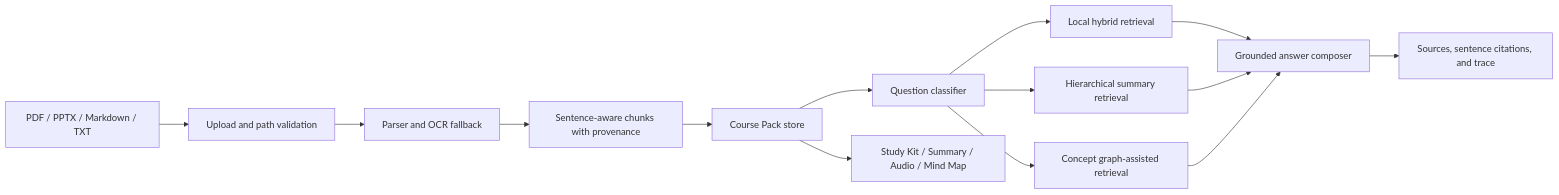
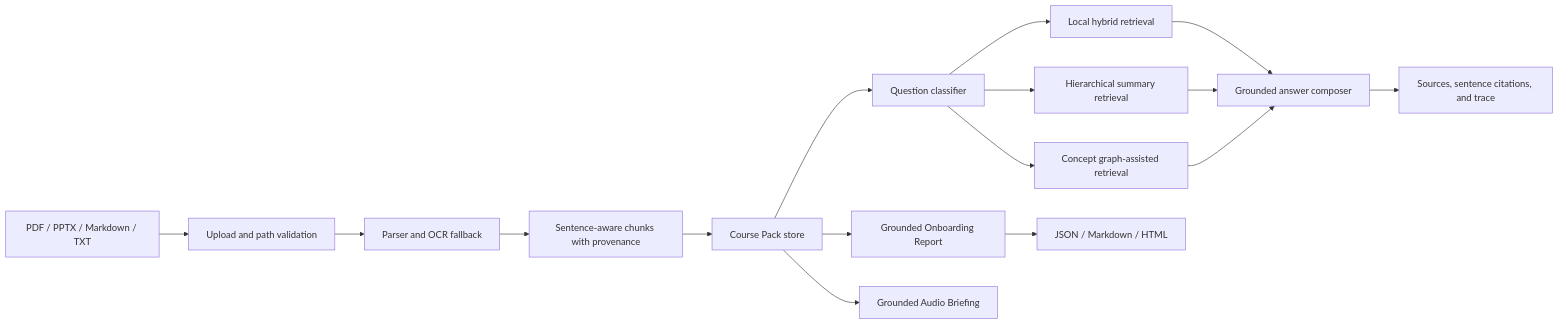
One commit to YuMinBee/CourseBee changed the diagram in docs/ARCHITECTURE.md. Above: the diagram before and after it, drawn with Mermaid. The commit also changed other lines of this file and 56 other files, not shown here.

````diff
--- a/docs/ARCHITECTURE.md
+++ b/docs/ARCHITECTURE.md
@@ -7,16 +11,18 @@
 ```mermaid
 flowchart LR
     Upload[PDF / PPTX / Markdown / TXT] --> Validate[Upload and path validation]
     Validate --> Ingest[Parser and OCR fallback]
     Ingest --> Chunks[Sentence-aware chunks with provenance]
     Chunks --> Pack[Course Pack store]
     Pack --> Router[Question classifier]
     Router --> Vector[Local hybrid retrieval]
     Router --> Hierarchy[Hierarchical summary retrieval]
     Router --> Graph[Concept graph-assisted retrieval]
     Vector --> Ground[Grounded answer composer]
     Hierarchy --> Ground
     Graph --> Ground
     Ground --> Trace[Sources, sentence citations, and trace]
-    Pack --> Studio[Study Kit / Summary / Audio / Mind Map]
+    Pack --> Report[Grounded Onboarding Report]
+    Report --> Export[JSON / Markdown / HTML]
+    Pack --> Audio[Grounded Audio Briefing]
 ```
````
